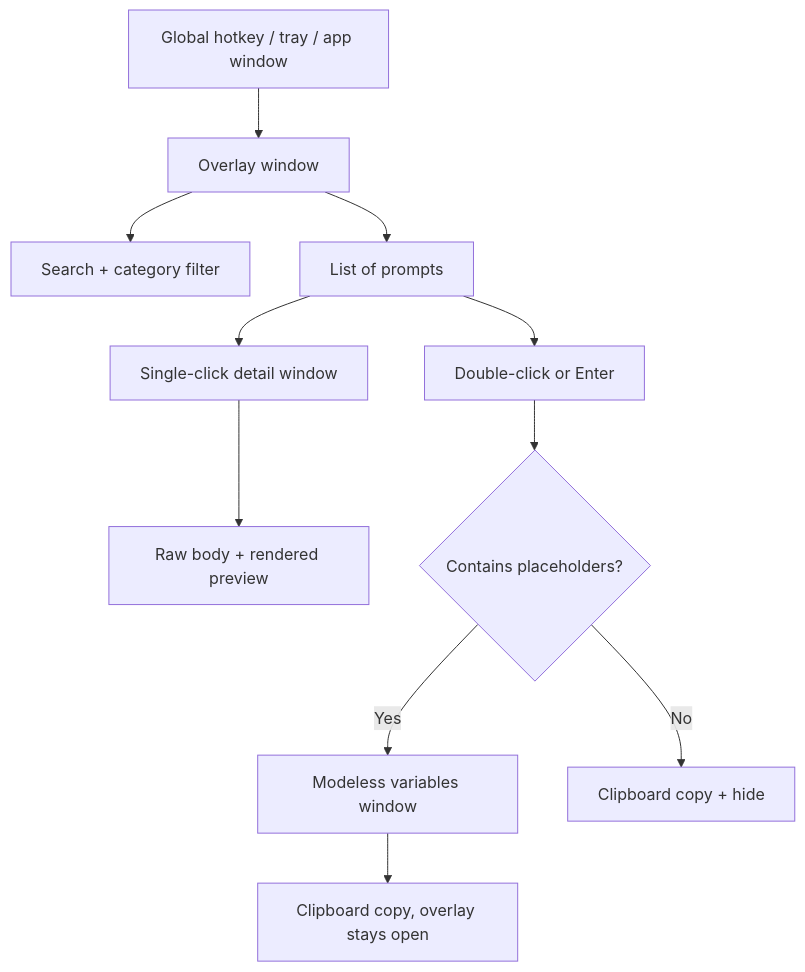
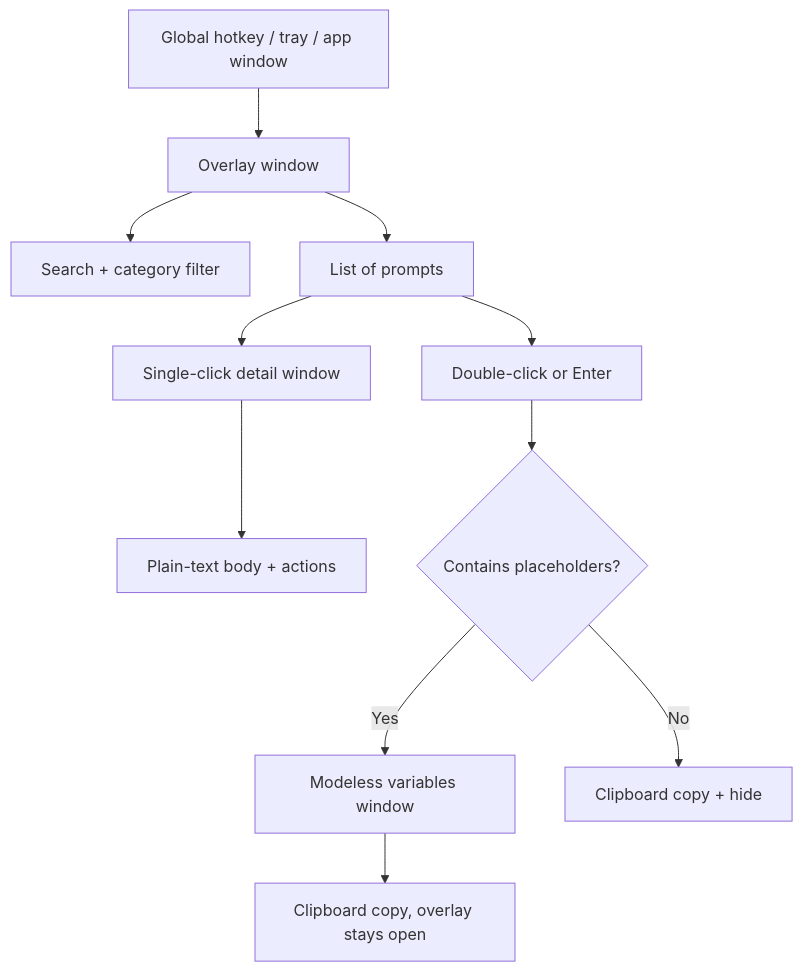
One commit to viruchith/PromptButler changed the second of 3 diagrams in README.md. Above: the diagram before and after it, drawn with Mermaid. The commit also changed other lines of this file and 16 other files, not shown here.

First line of the commit message:
feat: drop Markdown and WebView for plain-text prompts, bump to 0.4.6

````diff
--- a/README.md
+++ b/README.md
@@ -132,13 +132,13 @@
 ```mermaid
 flowchart TD
     Hotkey[Global hotkey / tray / app window] --> Overlay[Overlay window]
     Overlay --> Search[Search + category filter]
     Overlay --> List[List of prompts]
     List --> Detail[Single-click detail window]
     List --> Choose[Double-click or Enter]
-    Detail --> RawPreview[Raw body + rendered preview]
+    Detail --> RawBody[Plain-text body + actions]
     Choose --> VariableCheck{Contains placeholders?}
     VariableCheck -- Yes --> VariableWindow[Modeless variables window]
     VariableCheck -- No --> Clipboard[Clipboard copy + hide]
     VariableWindow --> ClipboardKeep[Clipboard copy, overlay stays open]
 ```
````
